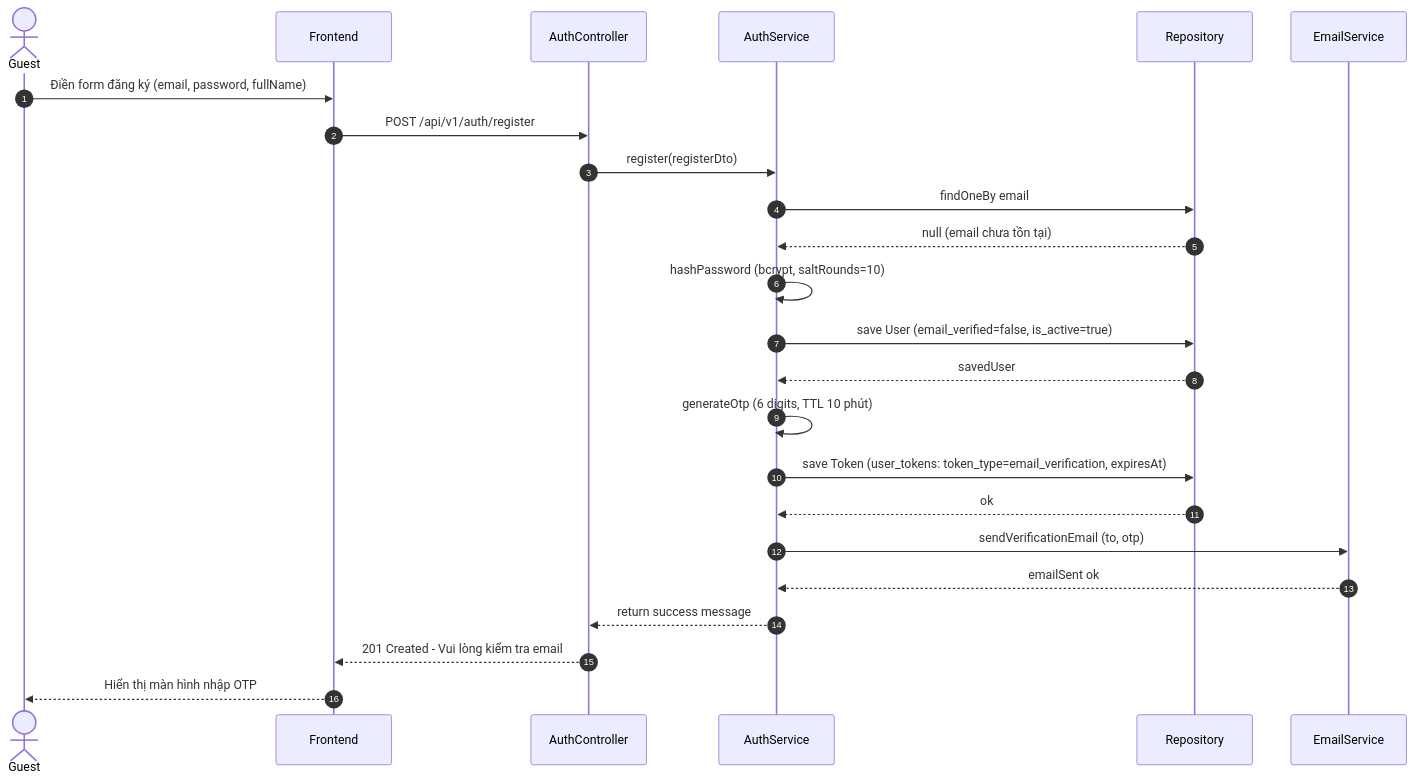
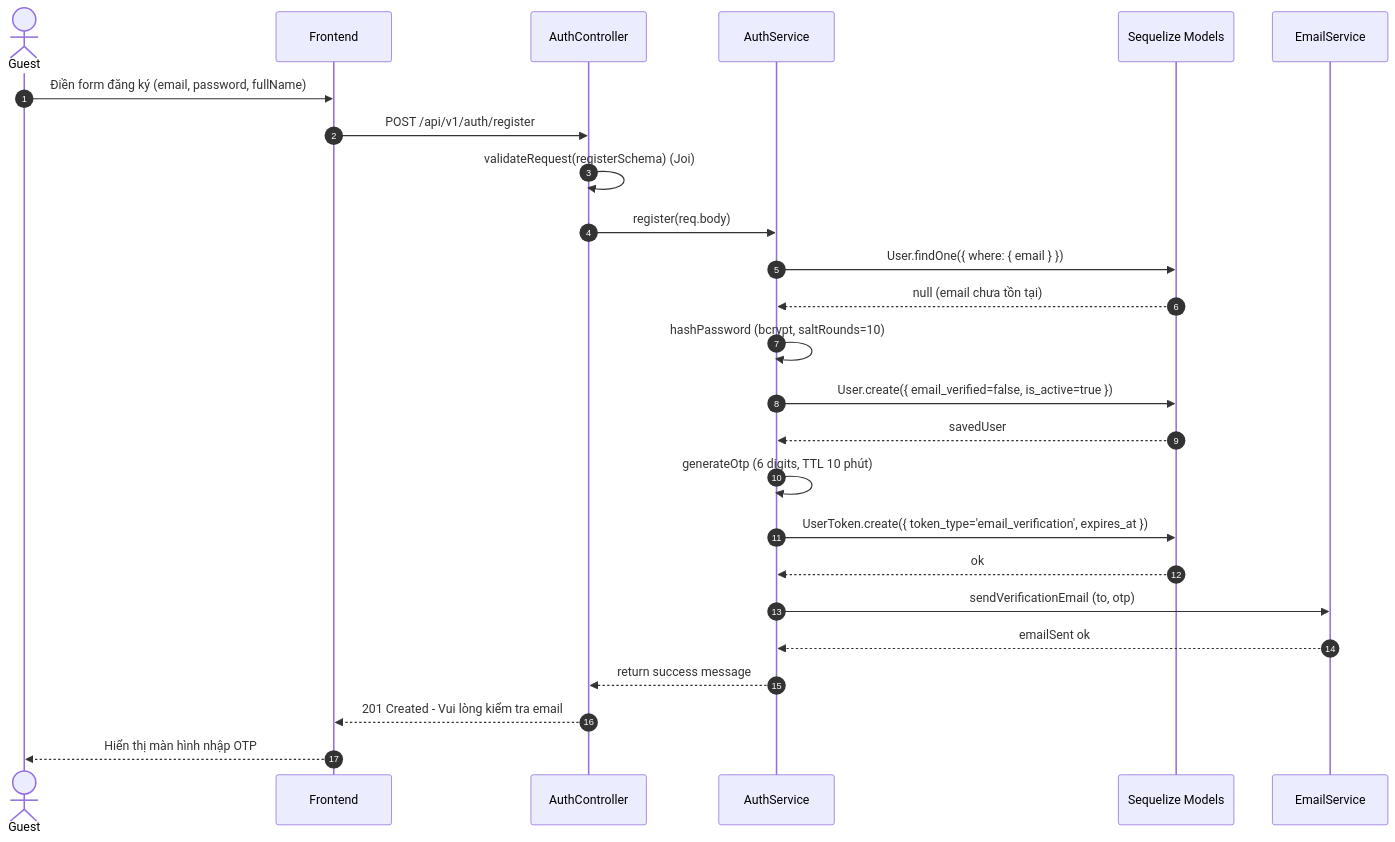
The first of 4 diagrams in docs/sequences/seq-auth-001.md (dunghvd79/eduverse), drawn with Mermaid before and after one commit. The commit also changed other lines of this file and 11 other files, not shown here.

Commit message:
docs: synchronize sequence diagrams and API conventions to Express.js and Sequelize

````diff
--- a/docs/sequences/seq-auth-001.md
+++ b/docs/sequences/seq-auth-001.md
@@ -13,32 +13,33 @@
 ```mermaid
 sequenceDiagram
     autonumber
     actor User as Guest
     participant FE as Frontend
     participant CTRL as AuthController
     participant SVC as AuthService
-    participant DB as Repository
+    participant DB as Sequelize Models
     participant EXT as EmailService
 
     User->>FE: Điền form đăng ký (email, password, fullName)
     FE->>CTRL: POST /api/v1/auth/register
-    CTRL->>SVC: register(registerDto)
+    CTRL->>CTRL: validateRequest(registerSchema) (Joi)
+    CTRL->>SVC: register(req.body)
 
-    SVC->>DB: findOneBy email
+    SVC->>DB: User.findOne({ where: { email } })
     DB-->>SVC: null (email chưa tồn tại)
 
     SVC->>SVC: hashPassword (bcrypt, saltRounds=10)
-    SVC->>DB: save User (email_verified=false, is_active=true)
+    SVC->>DB: User.create({ email_verified=false, is_active=true })
     DB-->>SVC: savedUser
 
     SVC->>SVC: generateOtp (6 digits, TTL 10 phút)
-    SVC->>DB: save Token (user_tokens: token_type=email_verification, expiresAt)
+    SVC->>DB: UserToken.create({ token_type='email_verification', expires_at })
     DB-->>SVC: ok
 
     SVC->>EXT: sendVerificationEmail (to, otp)
     EXT-->>SVC: emailSent ok
 
     SVC-->>CTRL: return success message
     CTRL-->>FE: 201 Created - Vui lòng kiểm tra email
     FE-->>User: Hiển thị màn hình nhập OTP
 ```
````
